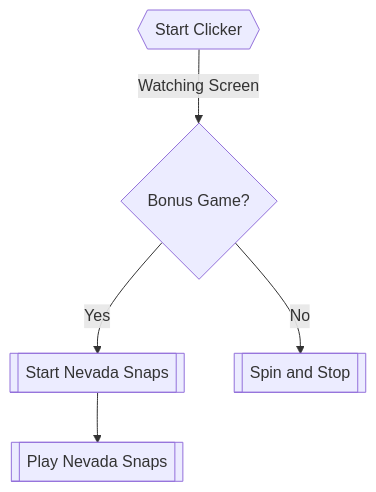
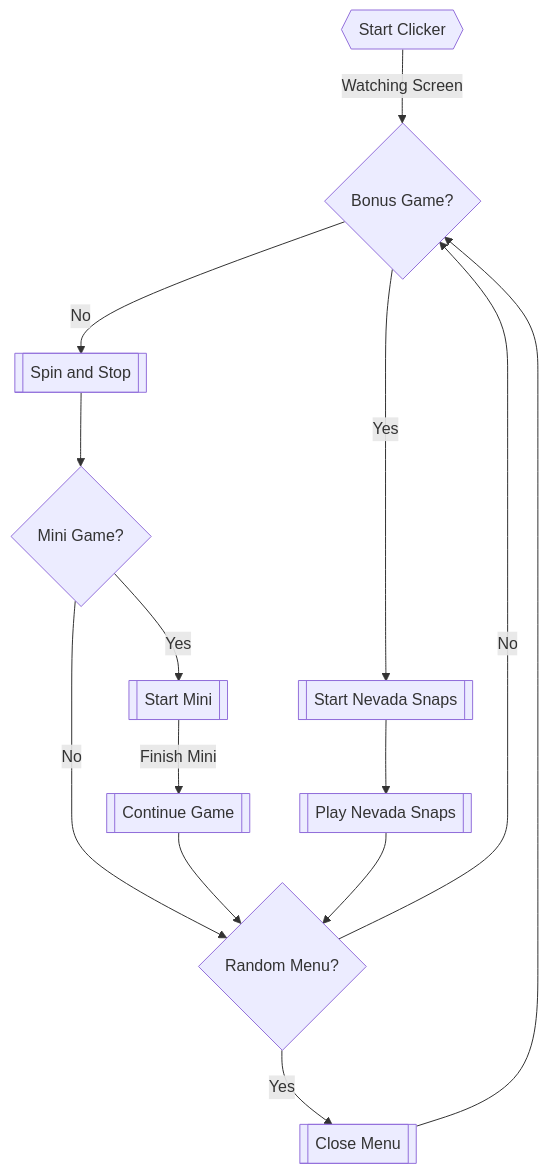
One commit to Neighborhood-Data-Science/instant-beer-money changed the diagram in AutoClick Patterns/Games/Caesars Slots/README.md. Above: the diagram before and after it, drawn with Mermaid. The commit also changed other lines of this file, not shown here.

Commit message:
Update README.md
Final flowchart updates

````diff
--- a/AutoClick Patterns/Games/Caesars Slots/README.md
+++ b/AutoClick Patterns/Games/Caesars Slots/README.md
@@ -75,7 +75,19 @@
 ```mermaid
 graph TD;
     A{{Start Clicker}}-->|Watching Screen|B{Bonus Game?};
     B-->|Yes|C[[Start Nevada Snaps]];
     C-->D[[Play Nevada Snaps]];
     B-->|No|E[[Spin and Stop]];
+    E-->F{Mini Game?};
+    F-->|No|I;
+    F-->|Yes|G[[Start Mini]];
+    G-->|Finish Mini|H[[Continue Game]];
+    H-->I{Random Menu?};
+    D-->I;
+    
+    I-->|No|B;
+    I-->|Yes|J[[Close Menu]];
+    J-->B;
+    
+    
 ```
````
